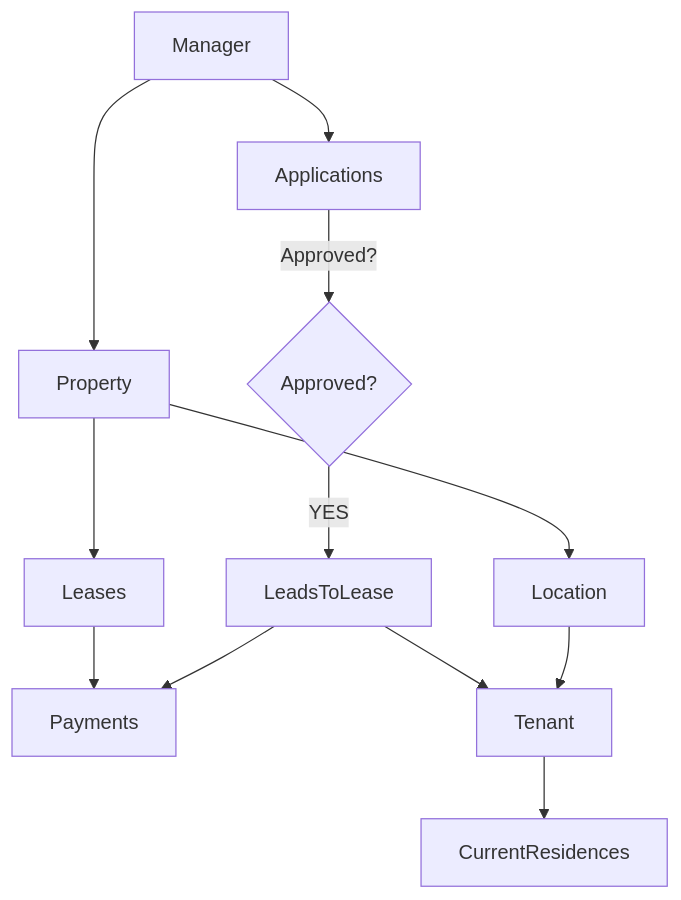
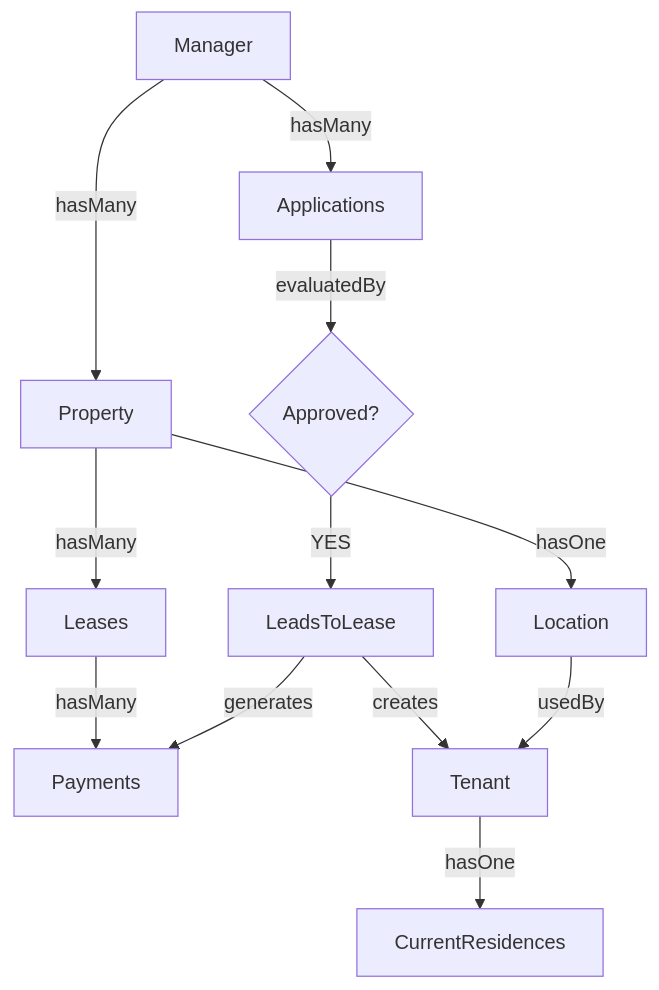
The third of 3 diagrams in README.md (aanujkhurana/fullstack-FindMyLease), drawn with Mermaid before and after one commit.

````diff
--- a/README.md
+++ b/README.md
@@ -79,18 +79,19 @@
 ```mermaid
 flowchart TD
-  Manager --> Applications
-  Manager --> Property
+  Manager -->|hasMany| Applications
+  Manager -->|hasMany| Property
 
-  Property --> Location
-  Property --> Leases
-  Leases --> Payments
+  Property -->|hasOne| Location
+  Property -->|hasMany| Leases
+  Leases -->|hasMany| Payments
 
-  Applications -->|Approved?| Decision{Approved?}
+  Applications -->|evaluatedBy| Decision{Approved?}
   Decision -->|YES| LeadsToLease
 
-  LeadsToLease --> Tenant
-  Location --> Tenant
-  Tenant --> CurrentResidences
+  LeadsToLease -->|creates| Tenant
+  Location -->|usedBy| Tenant
+  Tenant -->|hasOne| CurrentResidences
 
-  LeadsToLease --> Payments
+  LeadsToLease -->|generates| Payments
+
 ```
````
